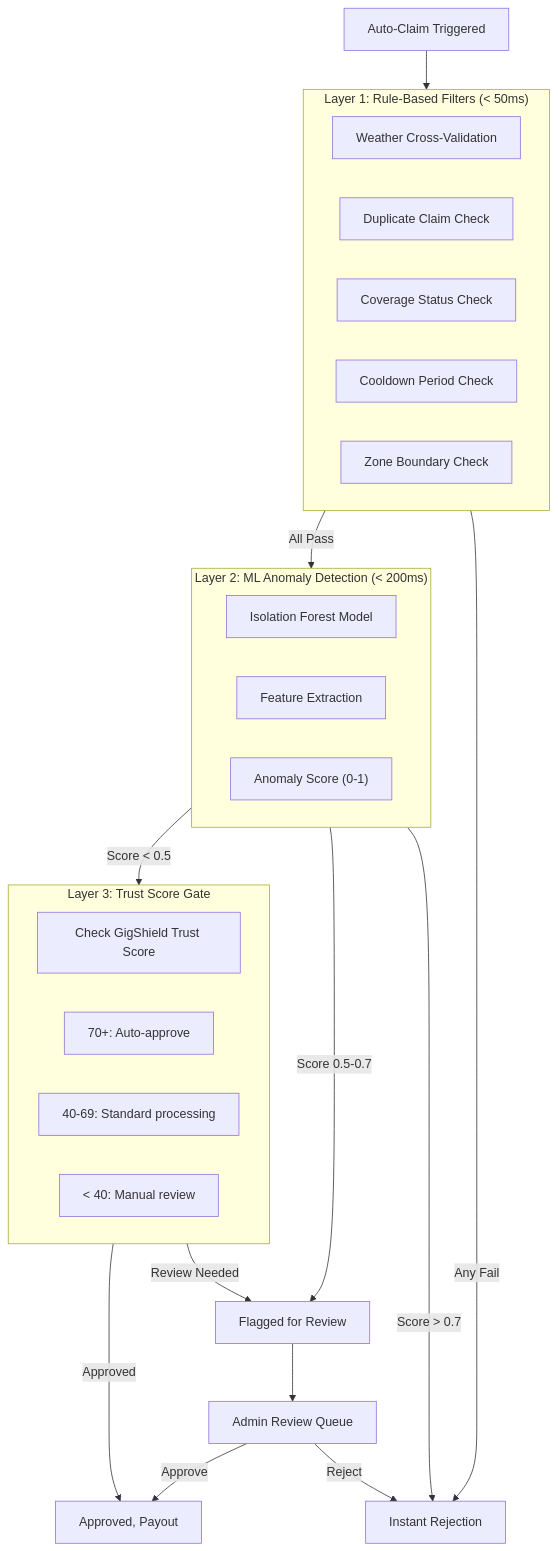
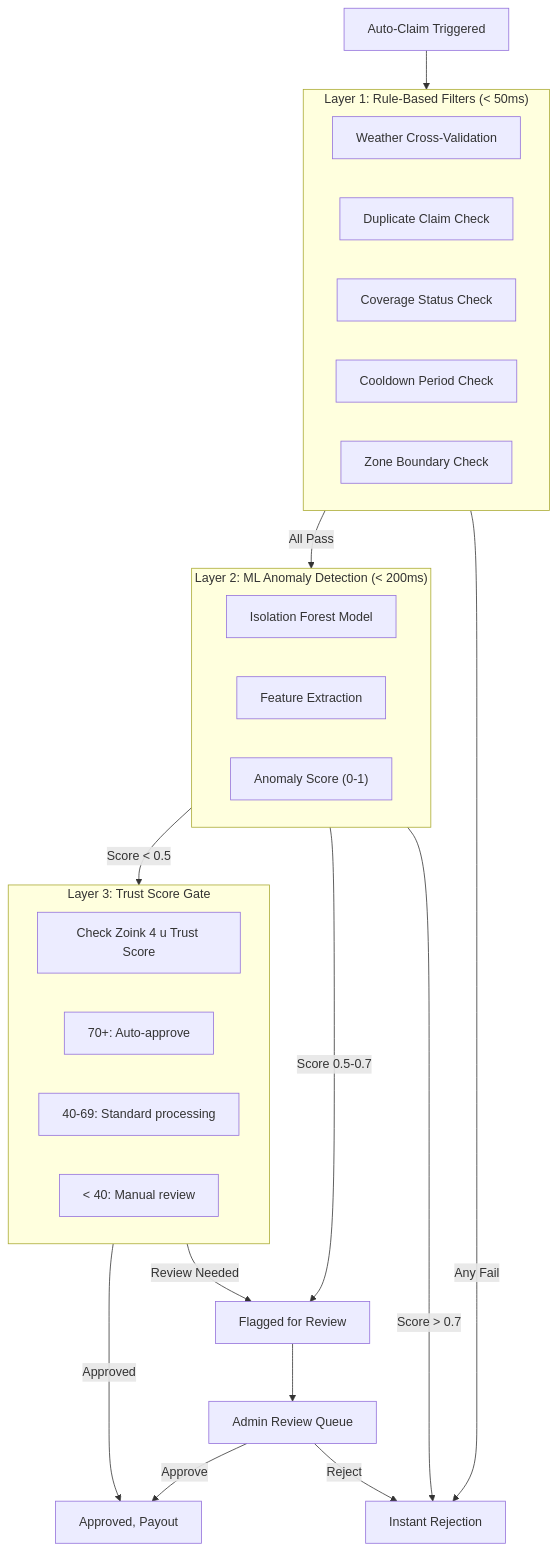
Before and after one commit to PraneeshRV/Zoink-4-u: the diagram in docs/FRAUD_DETECTION.md, drawn with Mermaid. The commit also changed other lines of this file and 4 other files, not shown here.

````diff
--- a/docs/FRAUD_DETECTION.md
+++ b/docs/FRAUD_DETECTION.md
@@ -22,39 +22,39 @@
 ```mermaid
 flowchart TD
     A["Auto-Claim Triggered"] --> L1
     
     subgraph L1["Layer 1: Rule-Based Filters (< 50ms)"]
         R1["Weather Cross-Validation"]
         R2["Duplicate Claim Check"]
         R3["Coverage Status Check"]
         R4["Cooldown Period Check"]
         R5["Zone Boundary Check"]
     end
     
     L1 -->|All Pass| L2
     L1 -->|Any Fail| REJ["Instant Rejection"]
     
     subgraph L2["Layer 2: ML Anomaly Detection (< 200ms)"]
         M1["Isolation Forest Model"]
         M2["Feature Extraction"]
         M3["Anomaly Score (0-1)"]
     end
     
     L2 -->|Score < 0.5| L3
     L2 -->|Score 0.5-0.7| FLAG["Flagged for Review"]
     L2 -->|Score > 0.7| REJ
     
     subgraph L3["Layer 3: Trust Score Gate"]
-        T1["Check GigShield Trust Score"]
+        T1["Check Zoink 4 u Trust Score"]
         T2["70+: Auto-approve"]
         T3["40-69: Standard processing"]
         T4["< 40: Manual review"]
     end
     
     L3 -->|Approved| APPROVE["Approved, Payout"]
     L3 -->|Review Needed| FLAG
     
     FLAG --> ADMIN["Admin Review Queue"]
     ADMIN -->|Approve| APPROVE
     ADMIN -->|Reject| REJ
 ```
````
